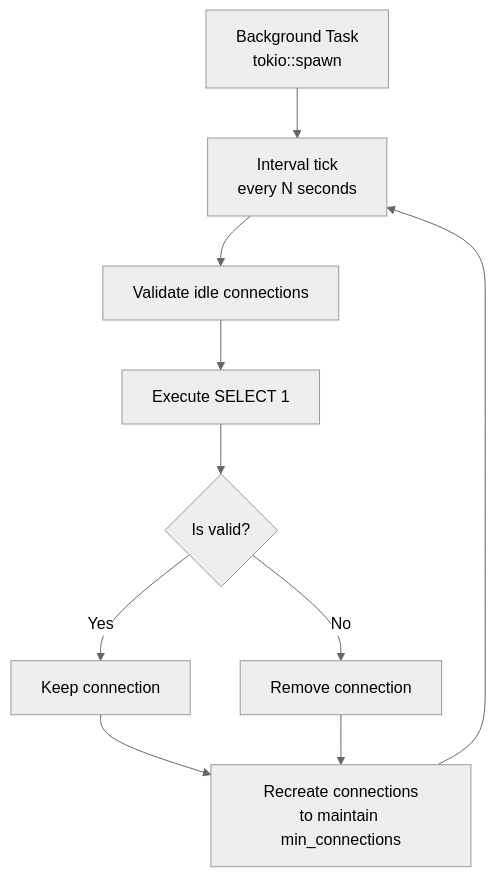
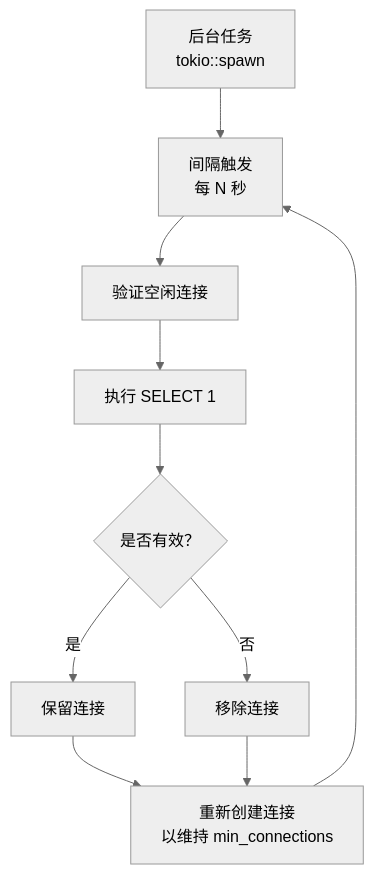
One commit to Kirky-X/dbnexus changed the eighth of 15 diagrams in docs/ARCHITECTURE.md. Above: the diagram before and after it, drawn with Mermaid (neutral theme). The commit also changed other lines of this file and 2 other files, not shown here.

````diff
--- a/docs/ARCHITECTURE.md
+++ b/docs/ARCHITECTURE.md
@@ -584,16 +584,16 @@
 ```mermaid
 flowchart TD
-    Start[Background Task<br/>tokio::spawn] --> Interval[Interval tick<br/>every N seconds]
+    Start[后台任务<br/>tokio::spawn] --> Interval[间隔触发<br/>每 N 秒]
 
-    Interval --> Validate[Validate idle connections]
-    Validate --> Execute[Execute SELECT 1]
-    Execute --> CheckValid{Is valid?}
+    Interval --> Validate[验证空闲连接]
+    Validate --> Execute[执行 SELECT 1]
+    Execute --> CheckValid{是否有效？}
 
-    CheckValid -->|Yes| Keep[Keep connection]
-    CheckValid -->|No| Remove[Remove connection]
+    CheckValid -->|是| Keep[保留连接]
+    CheckValid -->|否| Remove[移除连接]
 
-    Keep --> Recreate[Recreate connections<br/>to maintain min_connections]
+    Keep --> Recreate[重新创建连接<br/>以维持 min_connections]
     Remove --> Recreate
 
     Recreate --> Interval
 ```
````
